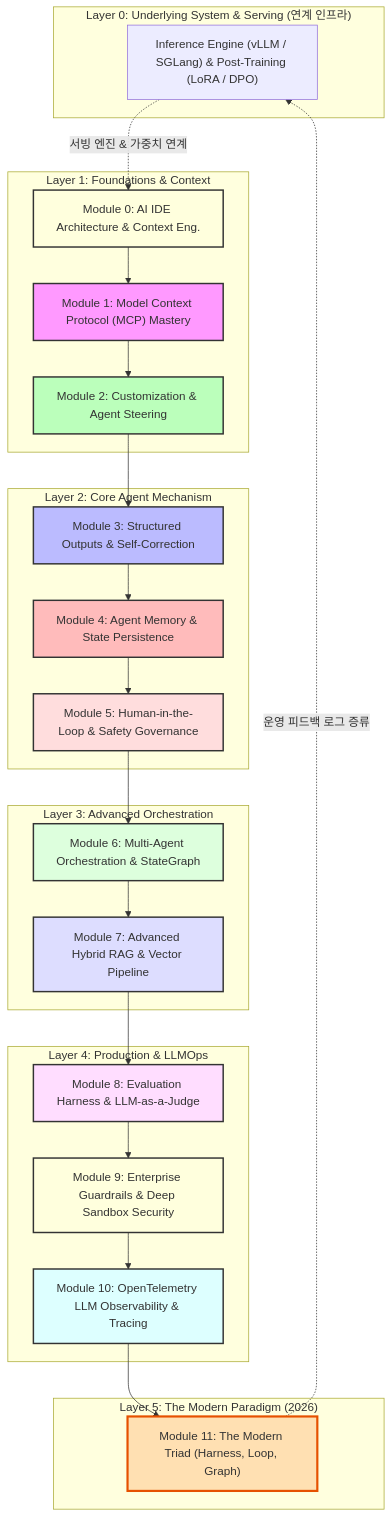
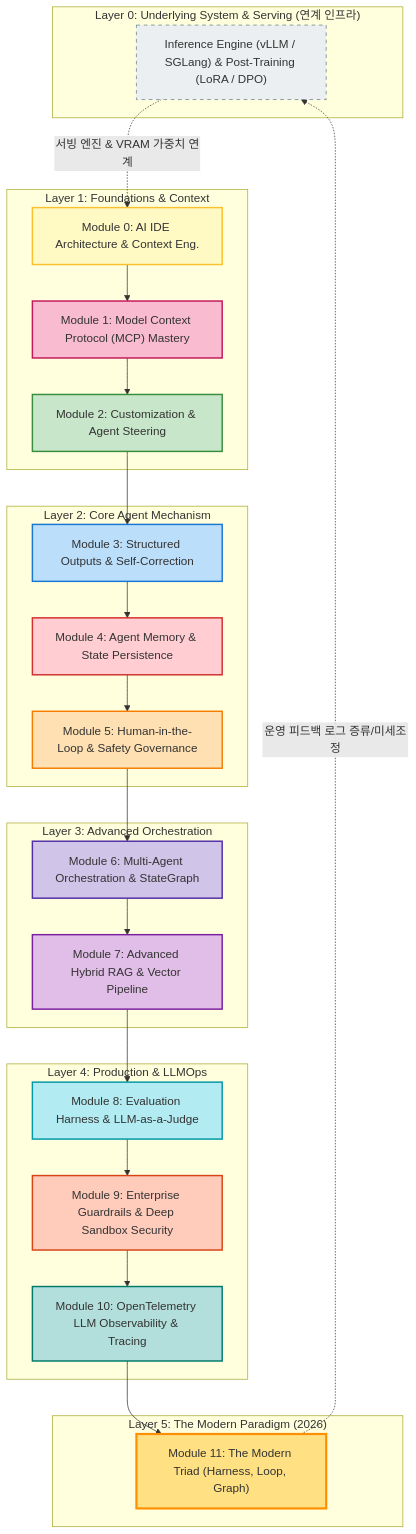
Before and after one commit to eooiea/AI-Engineering: the diagram in README.md, drawn with Mermaid. The commit also changed other lines of this file and 2 other files, not shown here.

````diff
--- a/README.md
+++ b/README.md
@@ -21,50 +21,51 @@
 ```mermaid
 graph TD
     subgraph "Layer 0: Underlying System & Serving (연계 인프라)"
         L0["Inference Engine (vLLM / SGLang) & Post-Training (LoRA / DPO)"]
     end
 
     subgraph "Layer 1: Foundations & Context"
         M0["Module 0: AI IDE Architecture & Context Eng."]
         M1["Module 1: Model Context Protocol (MCP) Mastery"]
         M2["Module 2: Customization & Agent Steering"]
     end
     
     subgraph "Layer 2: Core Agent Mechanism"
         M3["Module 3: Structured Outputs & Self-Correction"]
         M4["Module 4: Agent Memory & State Persistence"]
         M5["Module 5: Human-in-the-Loop & Safety Governance"]
     end
     
     subgraph "Layer 3: Advanced Orchestration"
         M6["Module 6: Multi-Agent Orchestration & StateGraph"]
         M7["Module 7: Advanced Hybrid RAG & Vector Pipeline"]
     end
     
     subgraph "Layer 4: Production & LLMOps"
         M8["Module 8: Evaluation Harness & LLM-as-a-Judge"]
         M9["Module 9: Enterprise Guardrails & Deep Sandbox Security"]
         M10["Module 10: OpenTelemetry LLM Observability & Tracing"]
     end
 
     subgraph "Layer 5: The Modern Paradigm (2026)"
         M11["Module 11: The Modern Triad (Harness, Loop, Graph)"]
     end
 
-    L0 -.->|서빙 엔진 & 가중치 연계| M0
+    L0 -.->|서빙 엔진 & VRAM 가중치 연계| M0
     M0 --> M1 --> M2 --> M3 --> M4 --> M5 --> M6 --> M7 --> M8 --> M9 --> M10 --> M11
-    M11 -.->|운영 피드백 로그 증류| L0
+    M11 -.->|운영 피드백 로그 증류/미세조정| L0
 
-    style M0 fill:#ffd,stroke:#333,stroke-width:2px
-    style M1 fill:#f9f,stroke:#333,stroke-width:2px
-    style M2 fill:#bfb,stroke:#333,stroke-width:2px
-    style M3 fill:#bbf,stroke:#333,stroke-width:2px
-    style M4 fill:#fbb,stroke:#333,stroke-width:2px
-    style M5 fill:#fdd,stroke:#333,stroke-width:2px
-    style M6 fill:#dfd,stroke:#333,stroke-width:2px
-    style M7 fill:#ddf,stroke:#333,stroke-width:2px
-    style M8 fill:#fdf,stroke:#333,stroke-width:2px
-    style M9 fill:#ffd,stroke:#333,stroke-width:2px
-    style M10 fill:#dff,stroke:#333,stroke-width:2px
-    style M11 fill:#ffe0b2,stroke:#e65100,stroke-width:3px
+    style L0 fill:#eceff1,stroke:#607d8b,stroke-dasharray: 5 5
+    style M0 fill:#fff9c4,stroke:#fbc02d,stroke-width:2px
+    style M1 fill:#f8bbd0,stroke:#c2185b,stroke-width:2px
+    style M2 fill:#c8e6c9,stroke:#388e3c,stroke-width:2px
+    style M3 fill:#bbdefb,stroke:#1976d2,stroke-width:2px
+    style M4 fill:#ffcdd2,stroke:#d32f2f,stroke-width:2px
+    style M5 fill:#ffe0b2,stroke:#f57c00,stroke-width:2px
+    style M6 fill:#d1c4e9,stroke:#512da8,stroke-width:2px
+    style M7 fill:#e1bee7,stroke:#7b1fa2,stroke-width:2px
+    style M8 fill:#b2ebf2,stroke:#0097a7,stroke-width:2px
+    style M9 fill:#ffccbc,stroke:#d84315,stroke-width:2px
+    style M10 fill:#b2dfdb,stroke:#00796b,stroke-width:2px
+    style M11 fill:#ffe082,stroke:#ff8f00,stroke-width:3px
 ```
````
